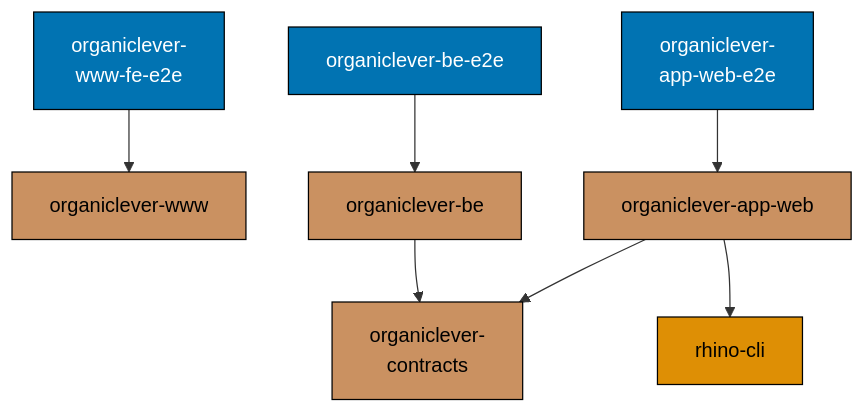
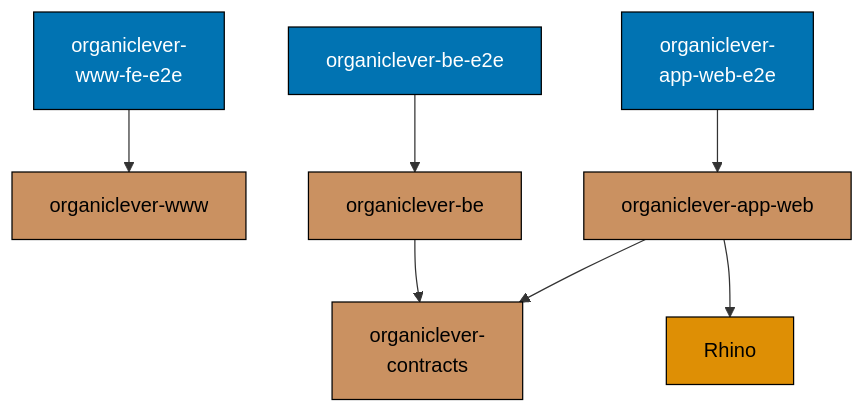
Before and after one commit to wahidyankf/ose-public: the second of 3 diagrams in docs/reference/project-dependency-graph.md, drawn with Mermaid. The commit also changed other lines of this file and 1105 other files, not shown here.

````diff
--- a/docs/reference/project-dependency-graph.md
+++ b/docs/reference/project-dependency-graph.md
@@ -78,34 +78,34 @@
 ```mermaid
 graph TD
   accTitle: Visual Dependency Graph 2
-  accDescr: organiclever-www-fe-e2e leads to organiclever-www; organiclever-app-web-e2e leads to organiclever-app-web; organiclever-be-e2e leads to organiclever-be; organiclever-app-web leads to organiclever-contracts; organiclever-app-web leads to rhino-cli; organiclever-be leads to organiclever-contracts.
+  accDescr: organiclever-www-fe-e2e leads to organiclever-www; organiclever-app-web-e2e leads to organiclever-app-web; organiclever-be-e2e leads to organiclever-be; organiclever-app-web leads to organiclever-contracts; organiclever-app-web leads to Rhino; organiclever-be leads to organiclever-contracts.
   %% E2E tests (top level)
   OLWWWFEE2E[organiclever-<br/>www-fe-e2e]
   OLAPPE2E[organiclever-<br/>app-web-e2e]
   OLBE2E[organiclever-be-e2e]
 
   %% Apps
   OLWWW[organiclever-www]
   OLAPP[organiclever-app-web]
   OLB[organiclever-be]
 
   %% Shared
   OLC[organiclever-<br/>contracts]
-  RC[rhino-cli]
+  RC[Rhino]
 
   %% Edges
   OLWWWFEE2E --> OLWWW
   OLAPPE2E --> OLAPP
   OLBE2E --> OLB
   OLAPP --> OLC
   OLAPP --> RC
   OLB --> OLC
 
   classDef cli fill:#DE8F05,stroke:#000000,color:#000000
   classDef product fill:#CA9161,stroke:#000000,color:#000000
   classDef e2e fill:#0173B2,stroke:#000000,color:#FFFFFF
 
   class RC cli
   class OLWWW,OLAPP,OLB,OLC product
   class OLWWWFEE2E,OLAPPE2E,OLBE2E e2e
 ```
````
